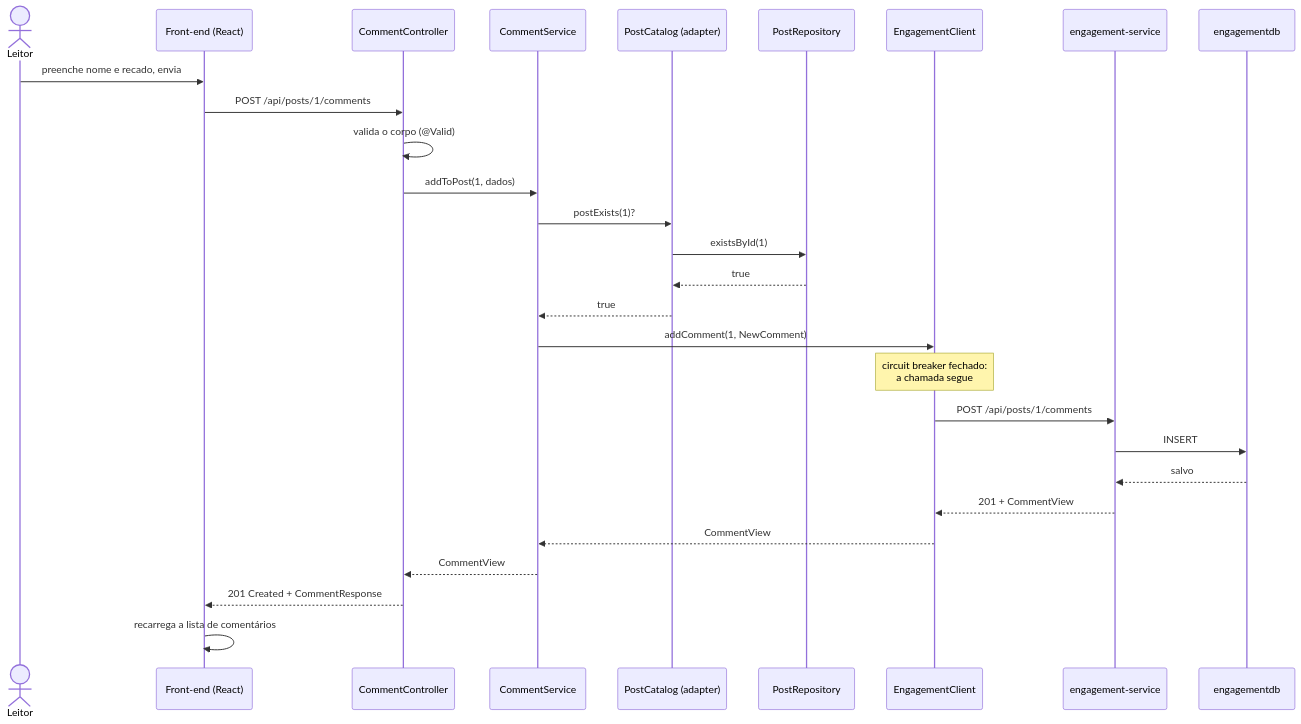
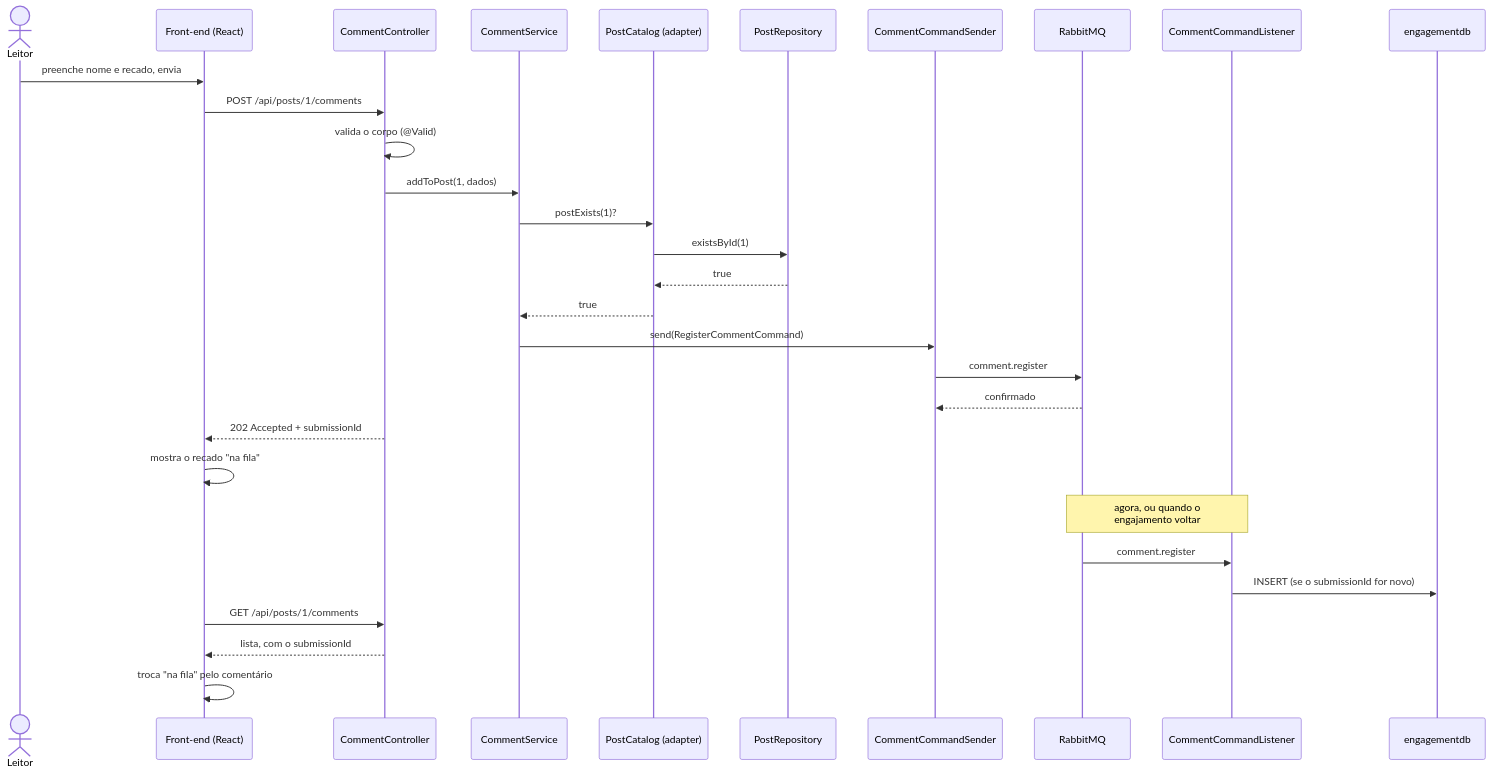
The second of 3 diagrams in docs/ARQUITETURA.md (vctorgriggi/Projeto-Bloco-Teste-Performance-02), drawn with Mermaid before and after one commit. The commit also changed other lines of this file and 99 other files, not shown here.

````diff
--- a/docs/ARQUITETURA.md
+++ b/docs/ARQUITETURA.md
@@ -154,31 +187,34 @@
 ```mermaid
 sequenceDiagram
     actor Leitor
     participant Front as Front-end (React)
     participant CC as CommentController
     participant CS as CommentService
     participant PCAT as PostCatalog (adapter)
     participant PR as PostRepository
-    participant CLI as EngagementClient
-    participant MS as engagement-service
+    participant SND as CommentCommandSender
+    participant MQ as RabbitMQ
+    participant CCL as CommentCommandListener
     participant DB2 as engagementdb
 
     Leitor->>Front: preenche nome e recado, envia
     Front->>CC: POST /api/posts/1/comments
     CC->>CC: valida o corpo (@Valid)
     CC->>CS: addToPost(1, dados)
     CS->>PCAT: postExists(1)?
     PCAT->>PR: existsById(1)
     PR-->>PCAT: true
     PCAT-->>CS: true
-    CS->>CLI: addComment(1, NewComment)
-    Note over CLI: circuit breaker fechado:<br/>a chamada segue
-    CLI->>MS: POST /api/posts/1/comments
-    MS->>DB2: INSERT
-    DB2-->>MS: salvo
-    MS-->>CLI: 201 + CommentView
-    CLI-->>CS: CommentView
-    CS-->>CC: CommentView
-    CC-->>Front: 201 Created + CommentResponse
-    Front->>Front: recarrega a lista de comentários
+    CS->>SND: send(RegisterCommentCommand)
+    SND->>MQ: comment.register
+    MQ-->>SND: confirmado
+    CC-->>Front: 202 Accepted + submissionId
+    Front->>Front: mostra o recado "na fila"
+
+    Note over MQ,CCL: agora, ou quando o<br/>engajamento voltar
+    MQ->>CCL: comment.register
+    CCL->>DB2: INSERT (se o submissionId for novo)
+    Front->>CC: GET /api/posts/1/comments
+    CC-->>Front: lista, com o submissionId
+    Front->>Front: troca "na fila" pelo comentário
 ```
````
